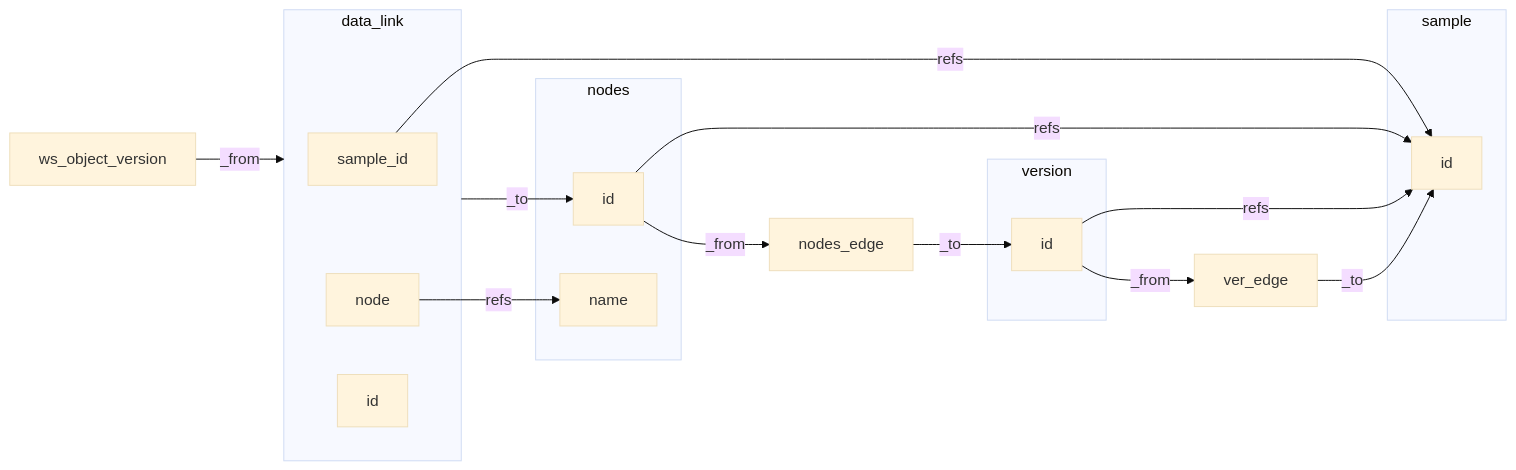
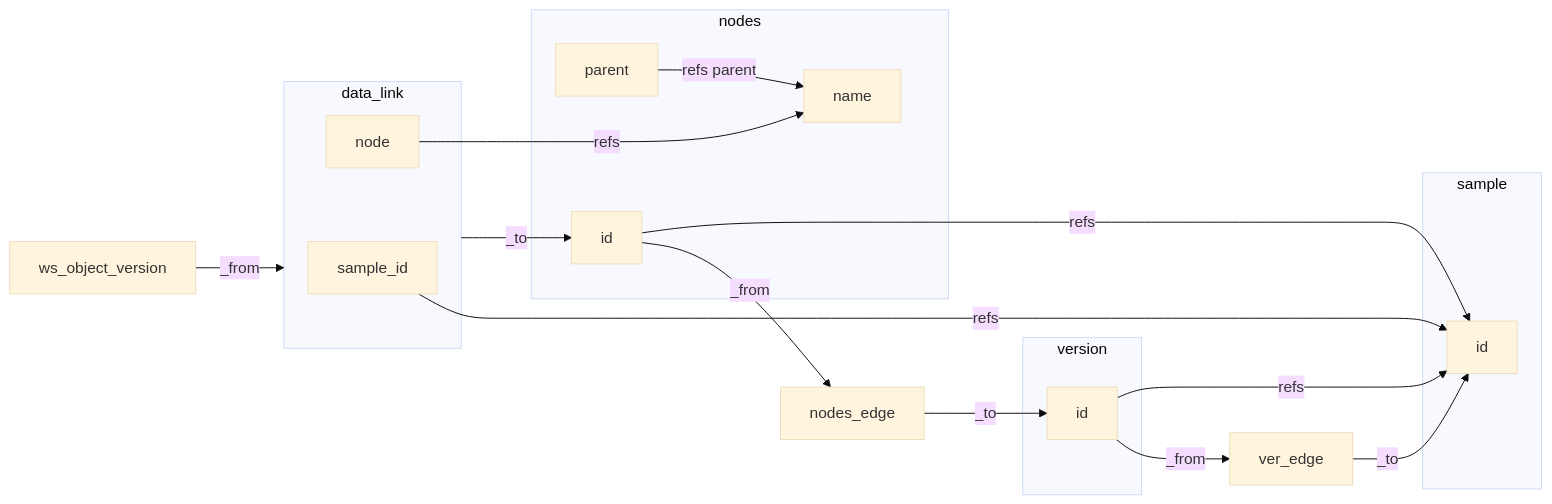
One commit to sashianl/sample_service changed the diagram in docs/design/arango_db.md. Above: the diagram before and after it, drawn with Mermaid (base theme).

````diff
--- a/docs/design/arango_db.md
+++ b/docs/design/arango_db.md
@@ -1,32 +1,33 @@
 ```mermaid
 flowchart LR
     
     subgraph sample
       id_sample[id]
     end
       
     id_node -- refs --> id_sample
+    parent_node -- refs parent --> name_node
     subgraph nodes
       id_node[id]
       name_node[name]
+      parent_node[parent]
     end
     
     sampleid_data_link -- refs --> id_sample
     ws_object_version -- _from --> data_link -- _to --> id_node
-    node_data_link -- refs --> name_node
+    node_data_link -- refs ---> name_node
     subgraph data_link
-      id_data_link[id]
       node_data_link[node]
       sampleid_data_link[sample_id]
     end
     
     id_version -- refs --> id_sample
     subgraph version
       id_version[id]
     end 
    
     
     id_node -- _from --> nodes_edge -- _to --> id_version
     id_version -- _from --> ver_edge -- _to --> id_sample
         
 ```
````
